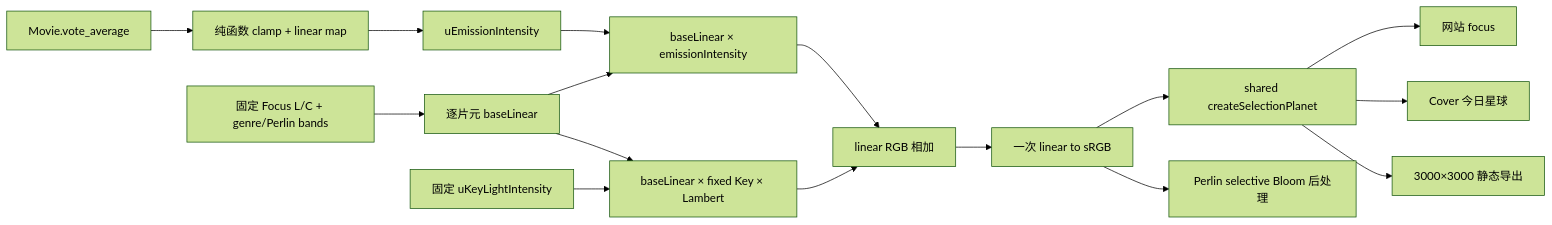
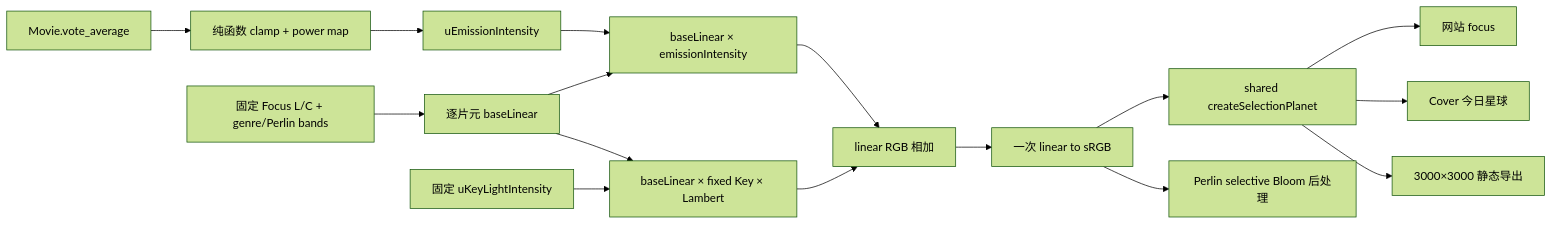
The diagram in .cursor/plans/phase_39_focus_emission.plan.md (XYBuilds/chronicle_v3_3d_galaxy), drawn with Mermaid (forest theme) before and after one commit. The commit also changed other lines of this file and 24 other files, not shown here.

````diff
--- a/.cursor/plans/phase_39_focus_emission.plan.md
+++ b/.cursor/plans/phase_39_focus_emission.plan.md
@@ -46,18 +52,18 @@
 ```mermaid
 flowchart LR
-  V[Movie.vote_average] --> M[纯函数 clamp + linear map]
+  V[Movie.vote_average] --> M[纯函数 clamp + power map]
   M --> EI[uEmissionIntensity]
   C[固定 Focus L/C + genre/Perlin bands] --> B[逐片元 baseLinear]
   B --> EM[baseLinear × emissionIntensity]
   EI --> EM
   B --> KL[baseLinear × fixed Key × Lambert]
   K[固定 uKeyLightIntensity] --> KL
   EM --> SUM[linear RGB 相加]
   KL --> SUM
   SUM --> S[一次 linear to sRGB]
   S --> P[shared createSelectionPlanet]
   P --> W[网站 focus]
   P --> COV[Cover 今日星球]
   P --> EX[3000×3000 静态导出]
   S --> BLOOM[Perlin selective Bloom 后处理]
 ```
````
